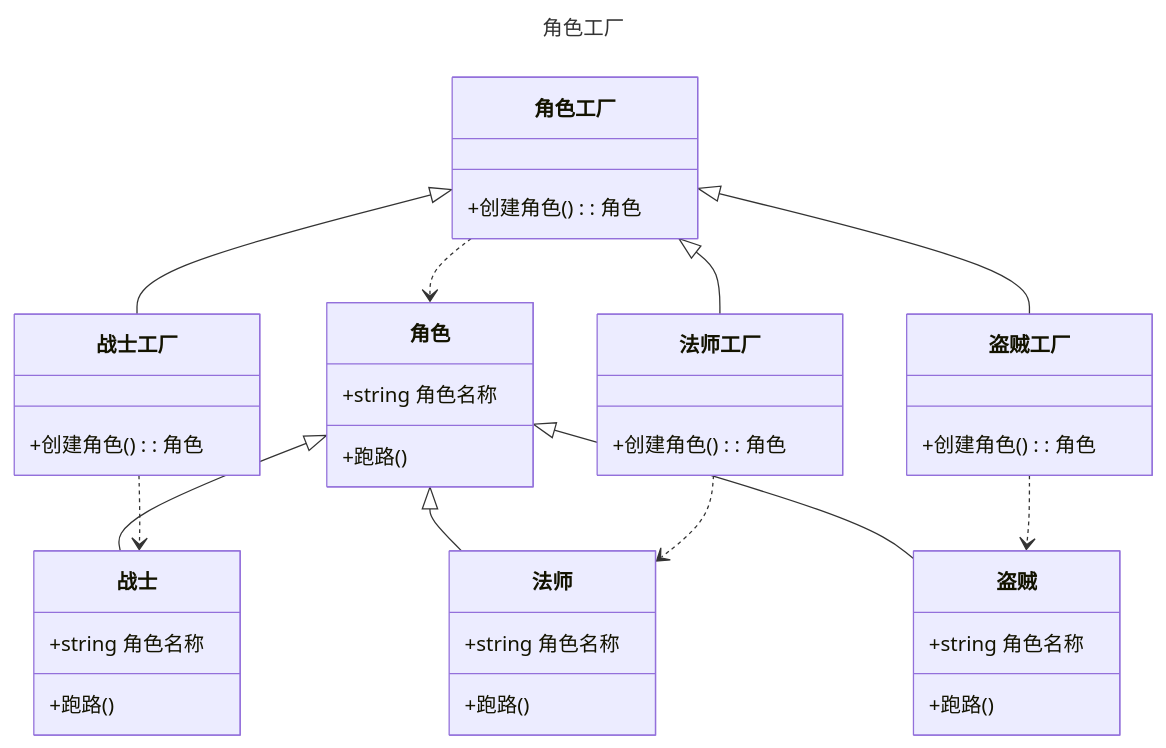
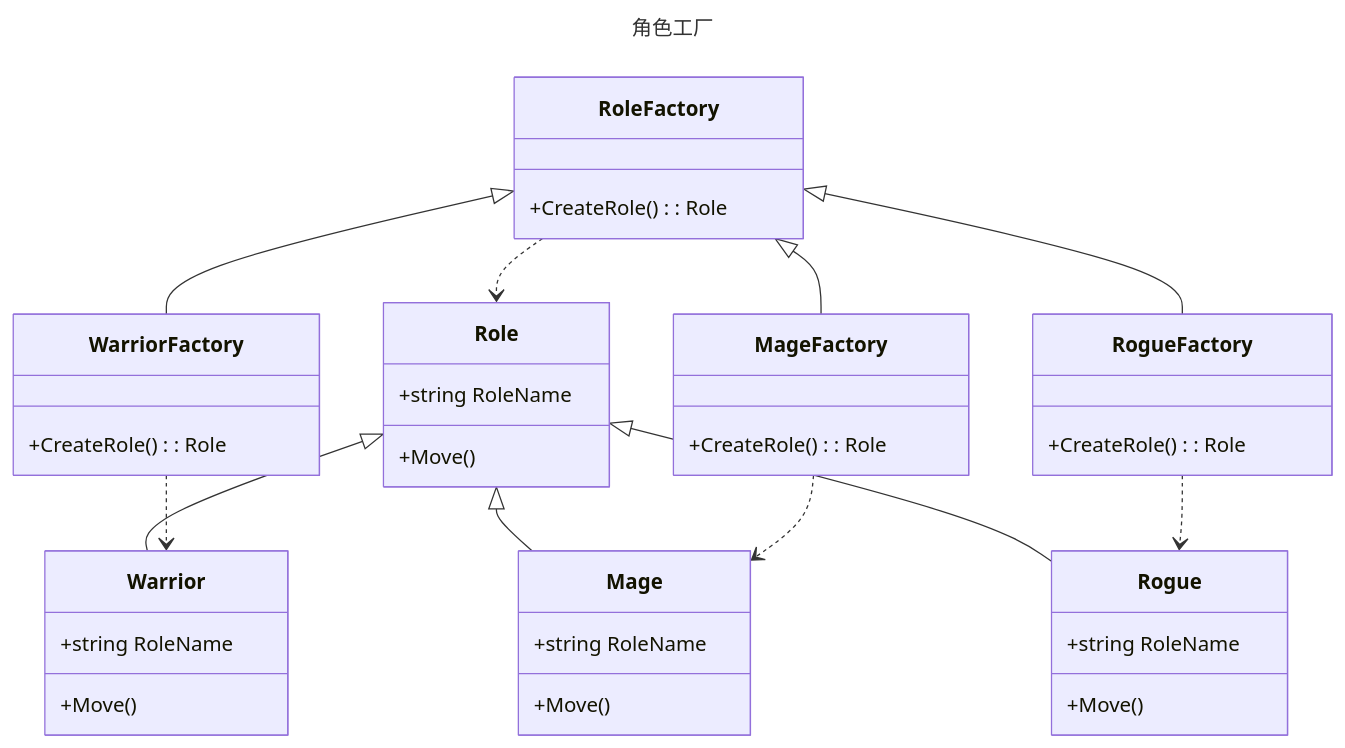
One commit to CollapseNav/CollapseNav.Net.Tool-Doc changed the diagram in other/knowledge/Design/1-Factory.mdx. Above: the diagram before and after it, drawn with Mermaid. The commit also changed other lines of this file and 3 other files, not shown here.

````diff
--- a/other/knowledge/Design/1-Factory.mdx
+++ b/other/knowledge/Design/1-Factory.mdx
@@ -29,45 +29,45 @@
 ```mermaid
 ---
 title: 角色工厂
 ---
 classDiagram
-角色<|--战士
-角色<|--法师
-角色<|--盗贼
-角色工厂<|--战士工厂
-角色工厂<|--法师工厂
-角色工厂<|--盗贼工厂
-战士工厂..>战士
-法师工厂..>法师
-盗贼工厂..>盗贼
-角色工厂..>角色
+Role<|--Warrior
+Role<|--Mage
+Role<|--Rogue
+RoleFactory<|--WarriorFactory
+RoleFactory<|--MageFactory
+RoleFactory<|--RogueFactory
+WarriorFactory..>Warrior
+MageFactory..>Mage
+RogueFactory..>Rogue
+RoleFactory..>Role
 
-class 角色:::role{
-    +string 角色名称
-    +跑路()
+class Role:::role{
+    +string RoleName
+    +Move()
 }
-class 角色工厂{
-    +创建角色(): 角色
+class RoleFactory{
+    +CreateRole(): Role
 }
-class 战士{
-    +string 角色名称
-    +跑路()
+class Warrior{
+    +string RoleName
+    +Move()
 }
-class 法师{
-    +string 角色名称
-    +跑路()
+class Mage{
+    +string RoleName
+    +Move()
 }
-class 盗贼{
-    +string 角色名称
-    +跑路()
+class Rogue{
+    +string RoleName
+    +Move()
 }
-class 战士工厂{
-    +创建角色(): 角色
+class WarriorFactory{
+    +CreateRole(): Role
 }
-class 法师工厂{
-    +创建角色(): 角色
+class MageFactory{
+    +CreateRole(): Role
 }
-class 盗贼工厂{
-    +创建角色(): 角色
+class RogueFactory{
+    +CreateRole(): Role
 }
 ```
````
